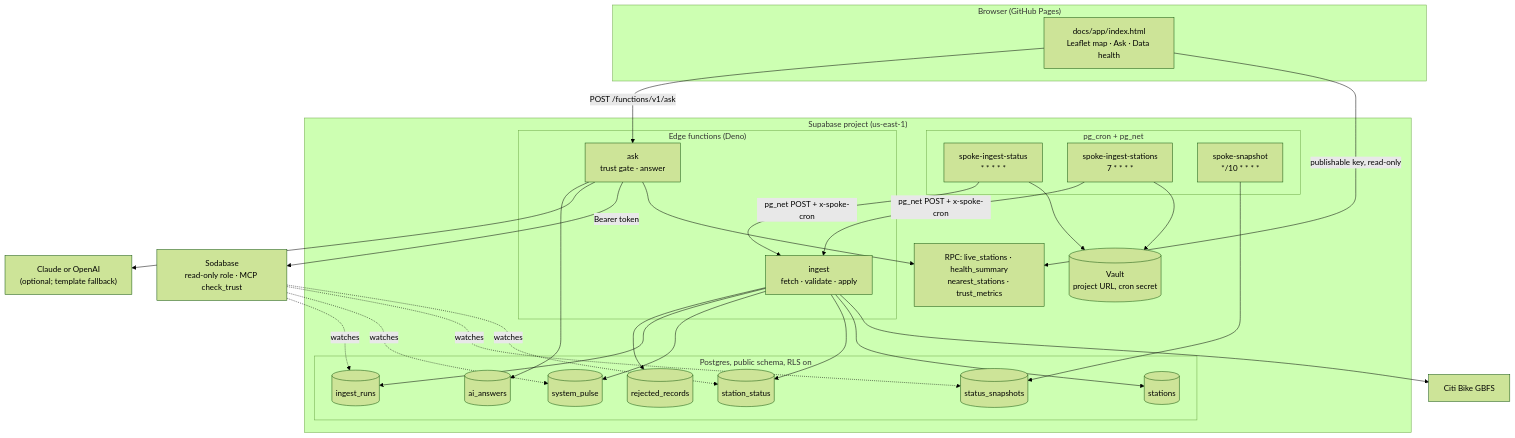
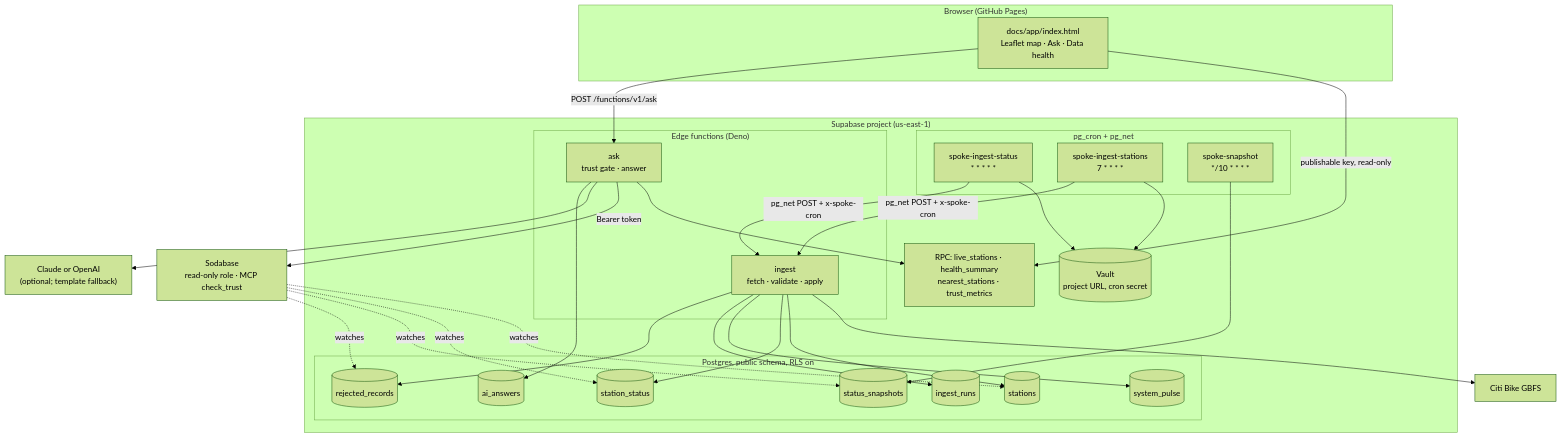
The second of 3 diagrams in README.md (ParasAdlakha/spoke), drawn with Mermaid (forest theme) before and after one commit. The commit also changed other lines of this file and 13 other files, not shown here.

````diff
--- a/README.md
+++ b/README.md
@@ -108,46 +108,46 @@
 ```mermaid
 flowchart TB
     subgraph Browser["Browser (GitHub Pages)"]
         APP["docs/app/index.html<br/>Leaflet map · Ask · Data health"]
     end
 
     subgraph Supabase["Supabase project (us-east-1)"]
         subgraph Cron["pg_cron + pg_net"]
             J1["spoke-ingest-status<br/>* * * * *"]
             J2["spoke-ingest-stations<br/>7 * * * *"]
             J3["spoke-snapshot<br/>*/10 * * * *"]
         end
         VAULT[("Vault<br/>project URL, cron secret")]
         subgraph Edge["Edge functions (Deno)"]
             ING["ingest<br/>fetch · validate · apply"]
             ASK["ask<br/>trust gate · answer"]
         end
         subgraph DB["Postgres, public schema, RLS on"]
             ST[("stations")]
             SS[("station_status")]
             SN[("status_snapshots")]
             SP[("system_pulse")]
             IR[("ingest_runs")]
             RR[("rejected_records")]
             AA[("ai_answers")]
         end
         RPC["RPC: live_stations · health_summary<br/>nearest_stations · trust_metrics"]
     end
 
     GBFS["Citi Bike GBFS"]
     SODA["Sodabase<br/>read-only role · MCP check_trust"]
     LLM["Claude or OpenAI<br/>(optional; template fallback)"]
 
     J1 & J2 --> VAULT
     J1 & J2 -->|"pg_net POST + x-spoke-cron"| ING
     J3 --> SN
     ING --> GBFS
     ING --> ST & SS & SP & IR & RR
     APP -->|"publishable key, read-only"| RPC
     APP -->|"POST /functions/v1/ask"| ASK
     ASK --> RPC
     ASK -->|"Bearer token"| SODA
     ASK --> LLM
     ASK --> AA
-    SODA -.->|"watches"| SS & SN & SP & IR
+    SODA -.->|"watches"| ST & SS & SN & RR
 ```
````
